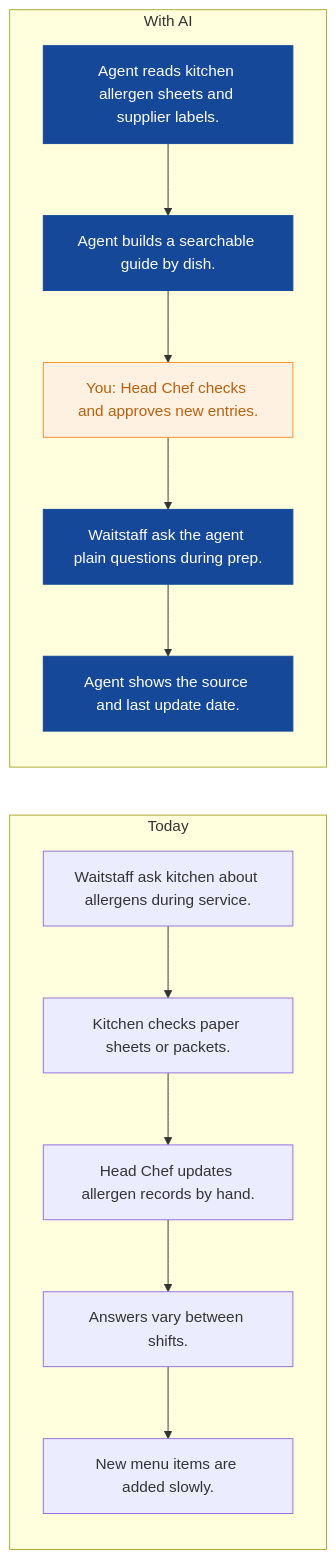
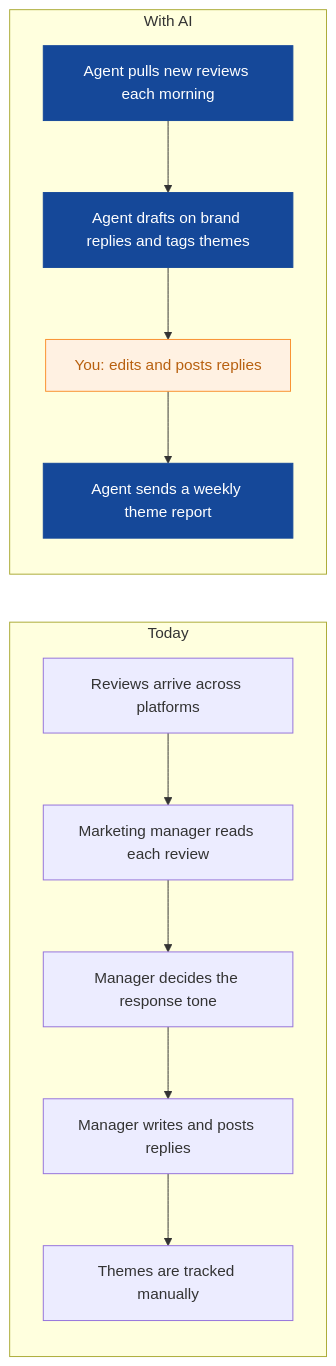
The sixth of 8 diagrams in strategies/saffron-table-group.md (nexibeo/Complete-AI-Strategy), drawn with Mermaid before and after one commit. The commit also changed other lines of this file and 26 other files, not shown here.

````diff
--- a/strategies/saffron-table-group.md
+++ b/strategies/saffron-table-group.md
@@ -223,23 +193,22 @@
 ```mermaid
 flowchart LR
   subgraph Today
-    B0["Waitstaff ask kitchen about allergens during service."]
-    B1["Kitchen checks paper sheets or packets."]
-    B2["Head Chef updates allergen records by hand."]
-    B3["Answers vary between shifts."]
-    B4["New menu items are added slowly."]
+    B0["Reviews arrive across platforms"]
+    B1["Marketing manager reads each review"]
+    B2["Manager decides the response tone"]
+    B3["Manager writes and posts replies"]
+    B4["Themes are tracked manually"]
     B0 --> B1 --> B2 --> B3 --> B4
   end
   subgraph WithAI[With AI]
-    A0["Agent reads kitchen allergen sheets and supplier labels."]
-    A1["Agent builds a searchable guide by dish."]
-    A2["You: Head Chef checks and approves new entries."]
-    A3["Waitstaff ask the agent plain questions during prep."]
-    A4["Agent shows the source and last update date."]
-    A0 --> A1 --> A2 --> A3 --> A4
+    A0["Agent pulls new reviews each morning"]
+    A1["Agent drafts on brand replies and tags themes"]
+    A2["You: edits and posts replies"]
+    A3["Agent sends a weekly theme report"]
+    A0 --> A1 --> A2 --> A3
   end
   classDef ai fill:#154899,color:#fff,stroke:#154899
   classDef human fill:#FFF1E2,color:#B8600F,stroke:#F98F2C
-  class A0,A1,A3,A4 ai
+  class A0,A1,A3 ai
   class A2 human
 ```
````
